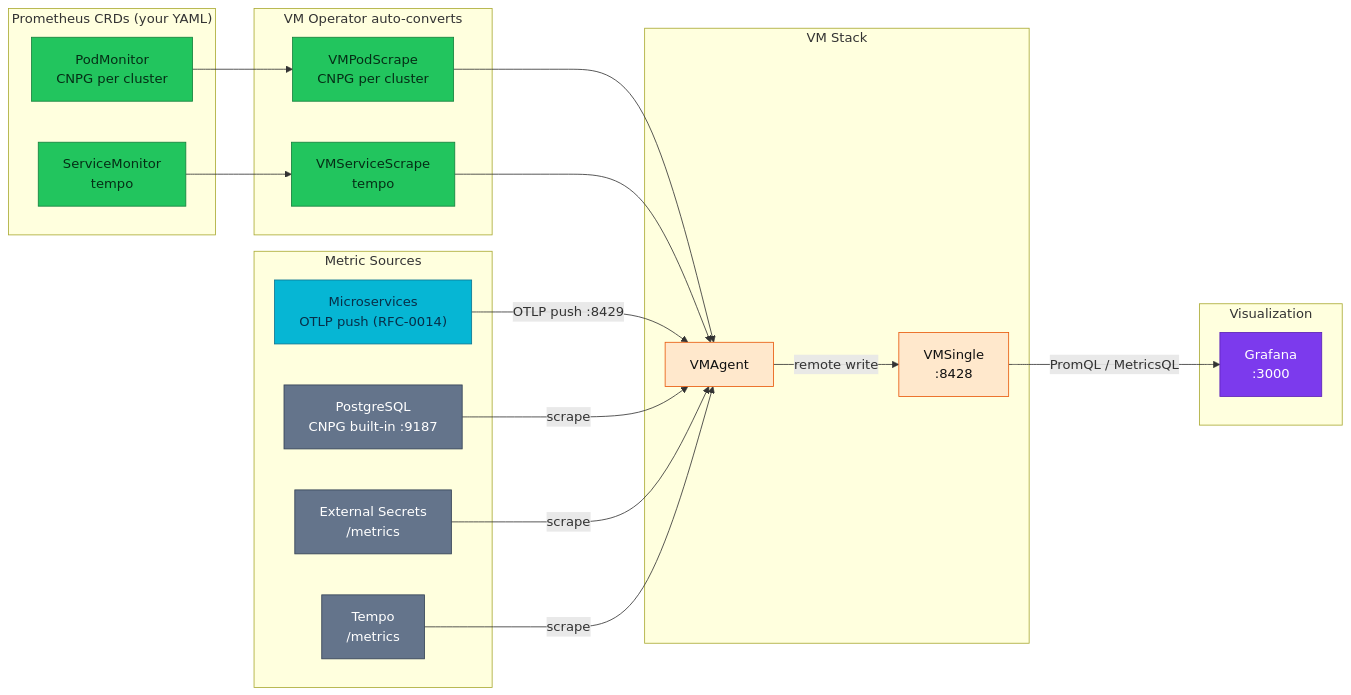
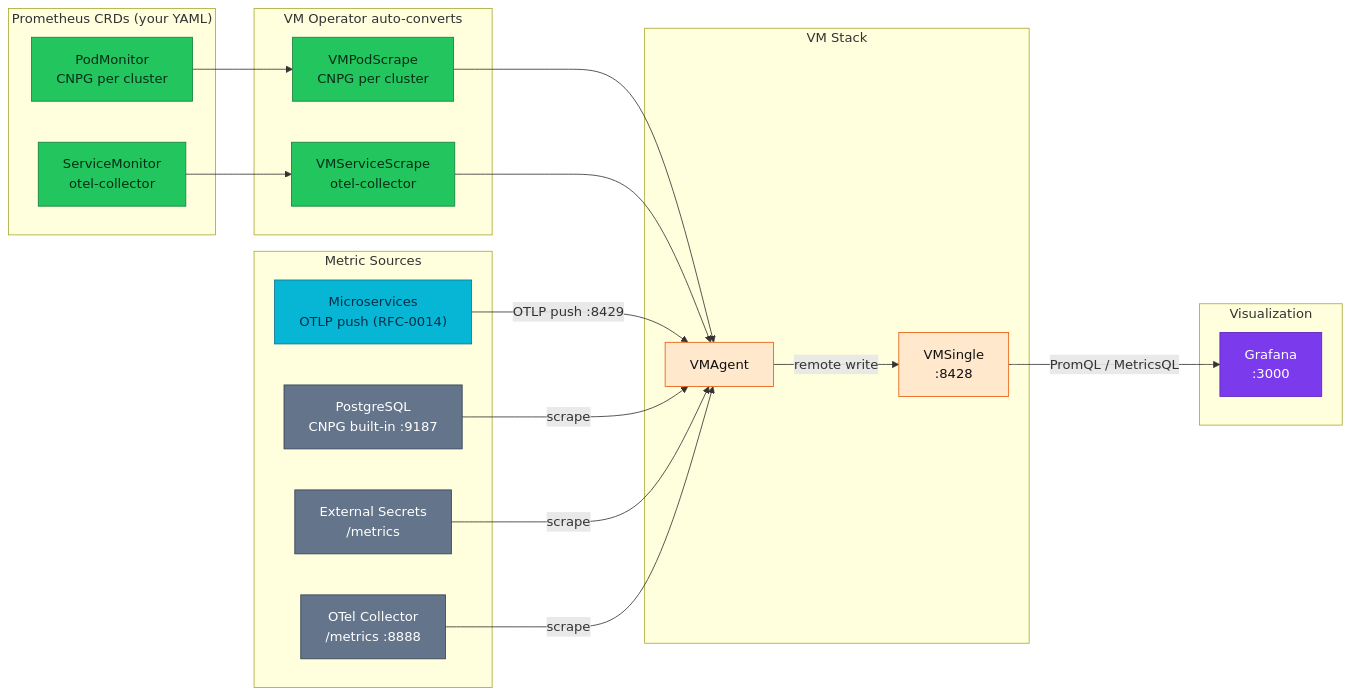
Before and after one commit to duynhlab/homelab: the fifth of 6 diagrams in docs/observability/metrics/victoriametrics.md, drawn with Mermaid. The commit also changed other lines of this file and 57 other files, not shown here.

````diff
--- a/docs/observability/metrics/victoriametrics.md
+++ b/docs/observability/metrics/victoriametrics.md
@@ -618,57 +615,57 @@
 ```mermaid
 flowchart LR
     subgraph sources ["Metric Sources"]
         Apps["Microservices<br/>OTLP push (RFC-0014)"]
         PG["PostgreSQL<br/>CNPG built-in :9187"]
         ESO["External Secrets<br/>/metrics"]
-        TempoSvc["Tempo<br/>/metrics"]
+        OTelSvc["OTel Collector<br/>/metrics :8888"]
     end
 
     subgraph promCRD ["Prometheus CRDs (your YAML)"]
         PM1["PodMonitor<br/>CNPG per cluster"]
-        SM2["ServiceMonitor<br/>tempo"]
+        SM2["ServiceMonitor<br/>otel-collector"]
     end
 
     subgraph autoConv ["VM Operator auto-converts"]
         VMPS1["VMPodScrape<br/>CNPG per cluster"]
-        VMSS2["VMServiceScrape<br/>tempo"]
+        VMSS2["VMServiceScrape<br/>otel-collector"]
     end
 
     subgraph vmStack ["VM Stack"]
         VMAgent_f["VMAgent"]
         VMSingle_f["VMSingle<br/>:8428"]
     end
 
     subgraph viz ["Visualization"]
         Grafana_f["Grafana<br/>:3000"]
     end
 
     PM1 --> VMPS1
     SM2 --> VMSS2
 
     VMPS1 --> VMAgent_f
     VMSS2 --> VMAgent_f
 
     VMAgent_f -->|"remote write"| VMSingle_f
     VMSingle_f -->|"PromQL / MetricsQL"| Grafana_f
 
     Apps -->|"OTLP push :8429"| VMAgent_f
     PG -->|scrape| VMAgent_f
     ESO -->|scrape| VMAgent_f
-    TempoSvc -->|scrape| VMAgent_f
+    OTelSvc -->|scrape| VMAgent_f
 
     classDef service fill:#06b6d4,color:#082f49,stroke:#0e7490;
     classDef edge fill:#2563eb,color:#fff,stroke:#1e3a8a;
     classDef platform fill:#7c3aed,color:#fff,stroke:#5b21b6;
     classDef external fill:#64748b,color:#fff,stroke:#334155;
     classDef data fill:#22c55e,color:#052e16,stroke:#15803d;
     classDef metric fill:#ffe8cc,color:#111,stroke:#e8590c;
     classDef log fill:#d3f9d8,color:#111,stroke:#2f9e44;
     classDef trace fill:#c5f6fa,color:#111,stroke:#0c8599;
     classDef collector fill:#a5d8ff,color:#111,stroke:#1971c2;
     class Apps service;
-    class PG,ESO,TempoSvc external;
+    class PG,ESO,OTelSvc external;
     class PM1,SM2,VMPS1,VMSS2 data;
     class VMAgent_f,VMSingle_f metric;
     class Grafana_f platform;
 ```
````
